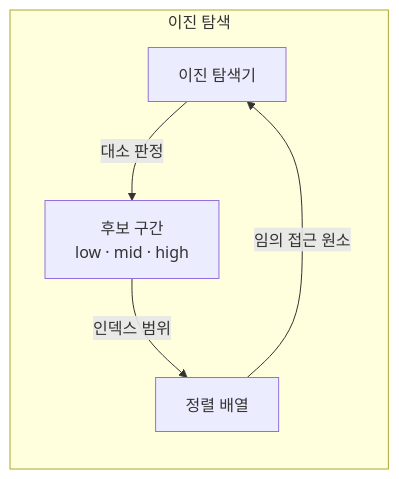
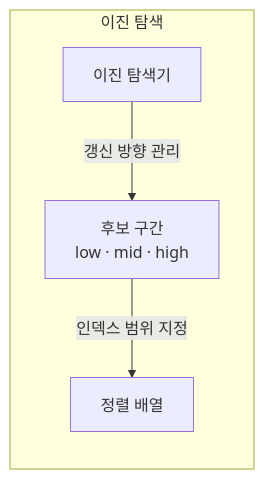
The second of 4 diagrams in src/content/docs/notes/01-basic-theory/004_binary_search.md (agnusdei1207/knowledge-base), drawn with Mermaid before and after one commit. The commit also changed other lines of this file and 18 other files, not shown here.

````diff
--- a/src/content/docs/notes/01-basic-theory/004_binary_search.md
+++ b/src/content/docs/notes/01-basic-theory/004_binary_search.md
@@ -57,12 +71,11 @@
 ```mermaid
 flowchart TB
     subgraph BS[이진 탐색]
         direction TB
         B[이진 탐색기]
         R[후보 구간<br/>low · mid · high]
         A[정렬 배열]
-        B -->|대소 판정| R
-        R -->|인덱스 범위| A
-        A -->|임의 접근 원소| B
+        B -->|갱신 방향 관리| R
+        R -->|인덱스 범위 지정| A
     end
 ```
````
